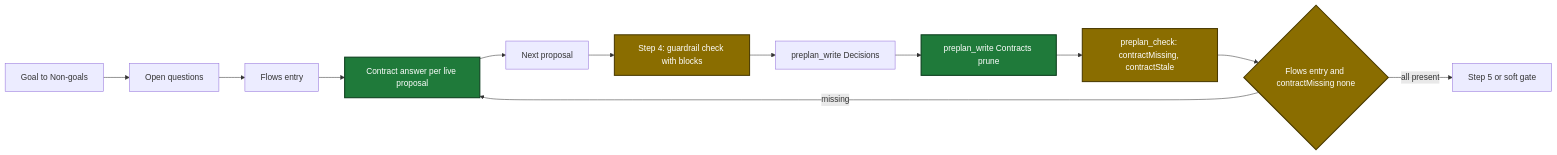
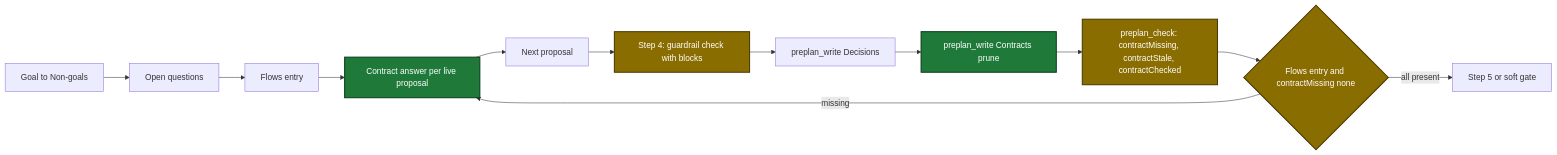
One commit to rnagrodzki/sdlc-plugin changed the diagram in openspec/changes/preplan-contracts-section/proposal.md. Above: the diagram before and after it, drawn with Mermaid. The commit also changed other lines of this file and 20 other files, not shown here.

First line of the commit message:
feat(preplan): report unchecked Contracts state in preplan_check

````diff
--- a/openspec/changes/preplan-contracts-section/proposal.md
+++ b/openspec/changes/preplan-contracts-section/proposal.md
@@ -25,18 +25,18 @@
 ```mermaid
 flowchart LR
   A["Goal to Non-goals"] --> B["Open questions"]
   B --> C["Flows entry"]
   C --> K["Contract answer per live proposal"]
   K --> D["Next proposal"]
   D --> E["Step 4: guardrail check with blocks"]
   E --> P["preplan_write Decisions"]
   P --> L["preplan_write Contracts prune"]
-  L --> Q["preplan_check: contractMissing, contractStale"]
+  L --> Q["preplan_check: contractMissing, contractStale, contractChecked"]
   Q --> F{"Flows entry and contractMissing none"}
   F -->|missing| K
   F -->|all present| G["Step 5 or soft gate"]
   classDef new fill:#1f7a3a,stroke:#0b3d1c,color:#ffffff,stroke-width:2px
   classDef changed fill:#8a6d00,stroke:#4a3a00,color:#ffffff,stroke-width:2px
   class K,L new
   class E,Q,F changed
 ```
````
